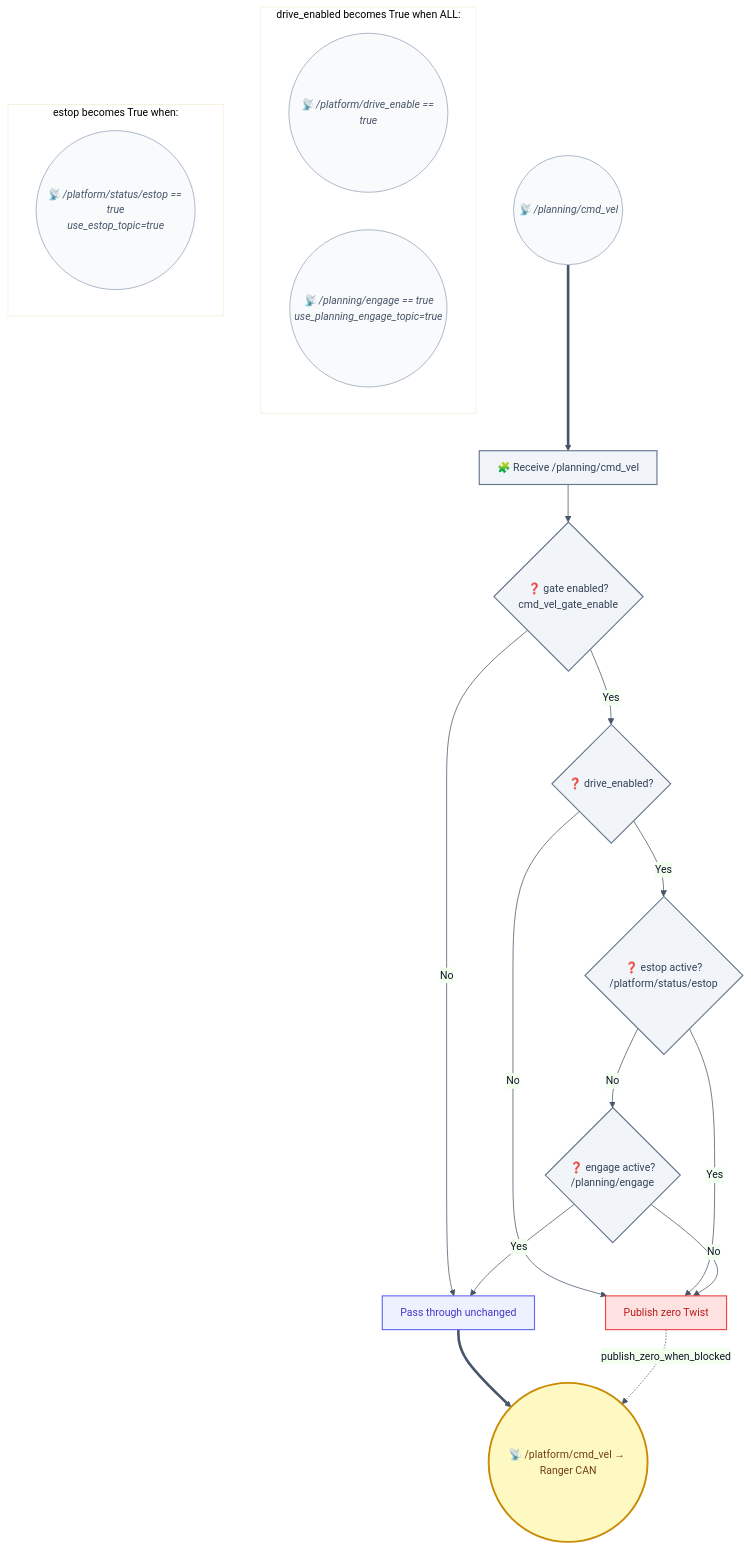
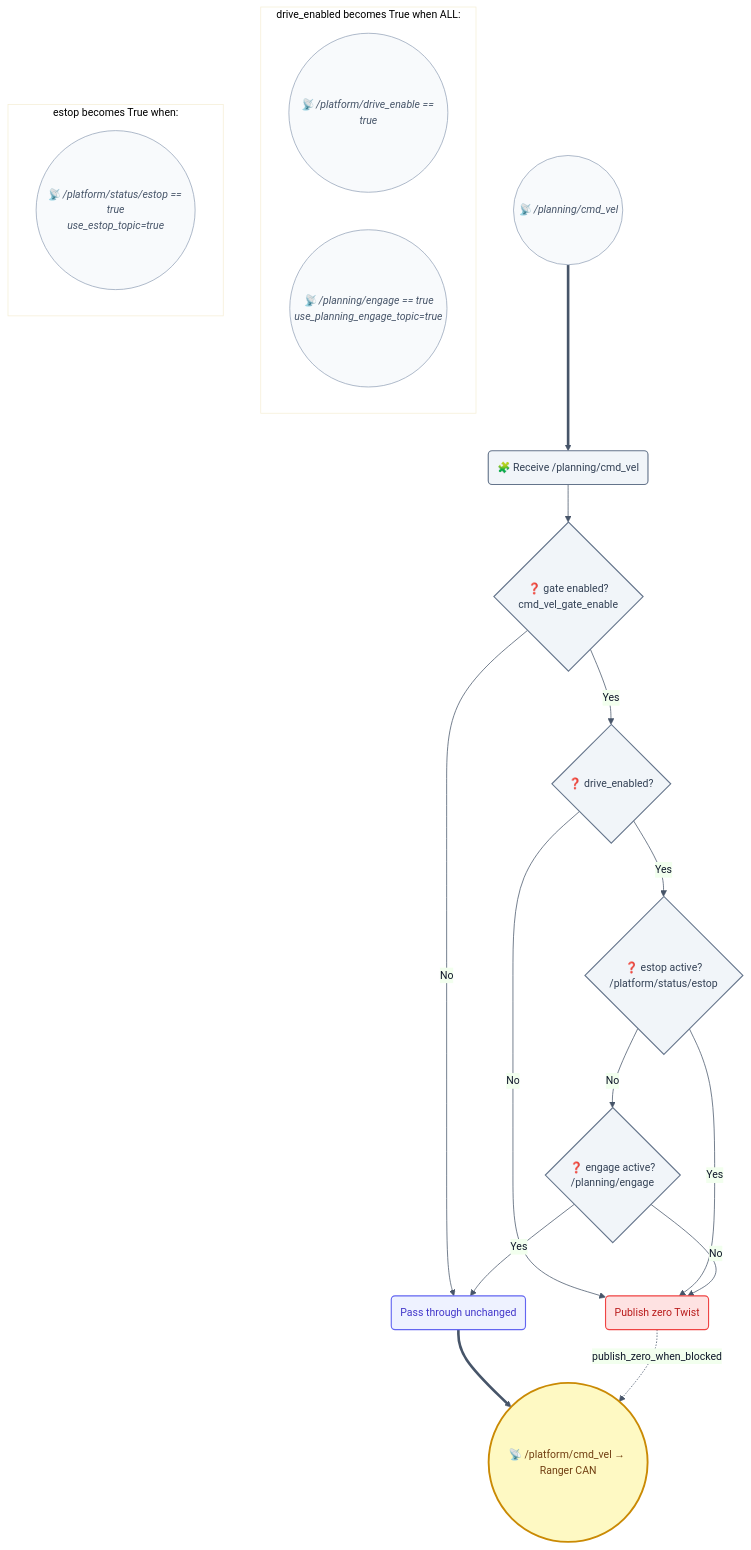
Before and after one commit to hwanhonglee/CAMROD: the third of 3 diagrams in camrod_platform/README.md, drawn with Mermaid. The commit also changed other lines of this file and 12 other files, not shown here.

First line of the commit message:
docs(v4): unified Mermaid shape convention + runtime data flow diagram

````diff
--- a/camrod_platform/README.md
+++ b/camrod_platform/README.md
@@ -194,38 +194,38 @@
 ```mermaid
 %%{init: {'theme': 'base', 'themeVariables': {'fontFamily': 'ui-sans-serif, system-ui, sans-serif', 'fontSize': '14px', 'primaryColor': '#EEF2FF', 'primaryTextColor': '#0F172A', 'primaryBorderColor': '#6366F1', 'lineColor': '#475569'}, 'flowchart': {'curve': 'basis', 'htmlLabels': true, 'padding': 12}}}%%
 flowchart TD
   classDef platform     fill:#FEE2E2,stroke:#EF4444,stroke-width:1.5px,color:#B91C1C;
   classDef planning     fill:#EEF2FF,stroke:#6366F1,stroke-width:1.5px,color:#4338CA;
   classDef system       fill:#F1F5F9,stroke:#64748B,stroke-width:1.5px,color:#334155;
   classDef highlight    fill:#FEF9C3,stroke:#CA8A04,stroke-width:2.5px,color:#713F12;
   classDef topic        fill:#F8FAFC,stroke:#94A3B8,stroke-width:1px,color:#475569,font-style:italic;
 
   IN((📡 /planning/cmd_vel)) ==> A
-  A[🧩 Receive /planning/cmd_vel] --> B{❓ gate enabled?\ncmd_vel_gate_enable}
-  B -- No --> Z[Pass through unchanged]
+  A(🧩 Receive /planning/cmd_vel) --> B{❓ gate enabled?\ncmd_vel_gate_enable}
+  B -- No --> Z(Pass through unchanged)
   B -- Yes --> C{❓ drive_enabled?}
-  C -- No --> ZERO[Publish zero Twist]
+  C -- No --> ZERO(Publish zero Twist)
   C -- Yes --> D{❓ estop active?\n/platform/status/estop}
   D -- Yes --> ZERO
   D -- No --> E{❓ engage active?\n/planning/engage}
   E -- No --> ZERO
   E -- Yes --> Z
 
   Z ==> OUT((📡 /platform/cmd_vel → Ranger CAN))
   ZERO -.->|publish_zero_when_blocked| OUT
 
   subgraph ARMING [drive_enabled becomes True when ALL:]
     E1((📡 /platform/drive_enable == true))
     E2((📡 /planning/engage == true\nuse_planning_engage_topic=true))
   end
 
   subgraph ESTOP_SG [estop becomes True when:]
     F1((📡 /platform/status/estop == true\nuse_estop_topic=true))
   end
 
   class A,B,C,D,E system
   class Z planning
   class ZERO platform
   class OUT highlight
   class IN,E1,E2,F1 topic
 ```
````
